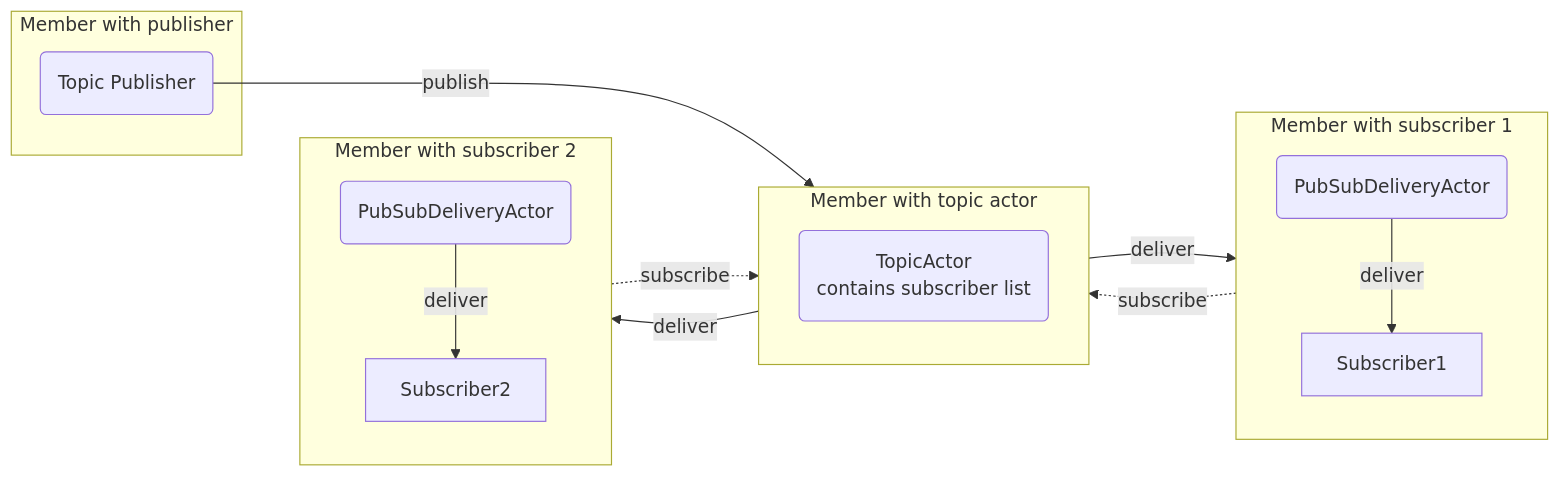
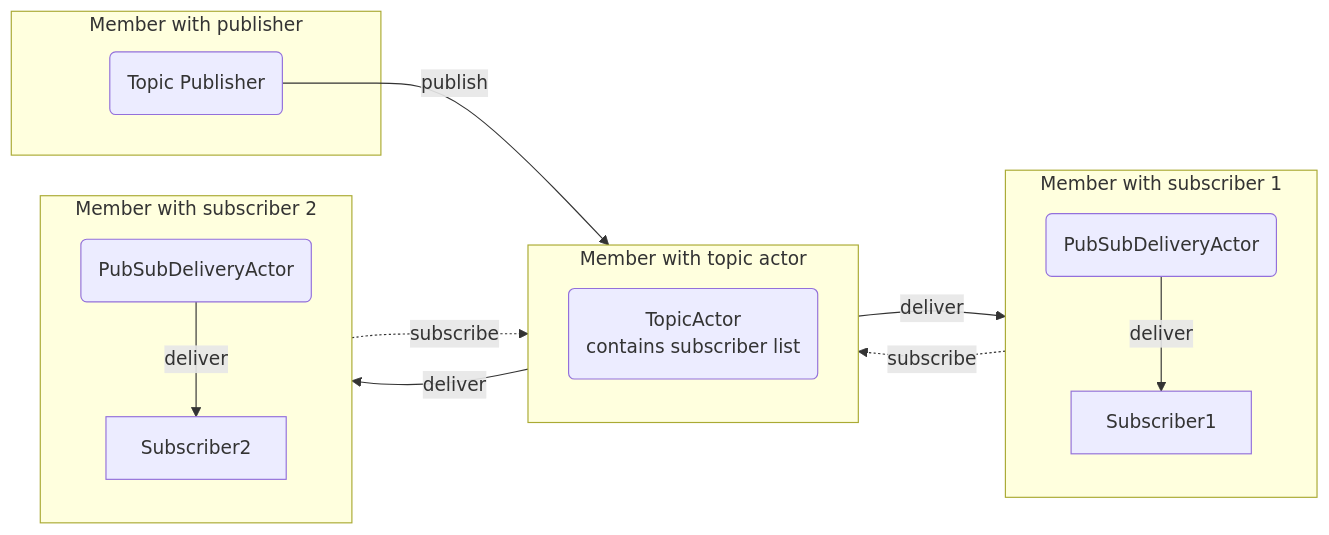
The third of 3 diagrams in hugo/content/docs/cluster/pub-sub.md (asynkron/protoactor-website), drawn with Mermaid before and after one commit. The commit also changed other lines of this file, not shown here.

````diff
--- a/hugo/content/docs/cluster/pub-sub.md
+++ b/hugo/content/docs/cluster/pub-sub.md
@@ -200,56 +229,52 @@
 ```mermaid
 flowchart LR
     Publisher
     TopicActor
     Subscriber1
     Subscriber2
 
 
     class Publisher yellow
     class Subscriber1 blue
     class Subscriber2 blue
 
     subgraph TopicActorMember[Member with topic actor]
         direction TB
         TopicActor(TopicActor <br /> contains subscriber list)
 
         class TopicActor green
 
 
     end
 
     subgraph SubscriberMember1[Member with subscriber 1]
         direction TB
         PubSubDeliveryActor1(PubSubDeliveryActor)
 
         class PubSubDeliveryActor1 green
 
         PubSubDeliveryActor1 --deliver--> Subscriber1
     end
 
     subgraph SubscriberMember2[Member with subscriber 2]
         direction TB
         PubSubDeliveryActor2(PubSubDeliveryActor)
 
         class PubSubDeliveryActor2 green
 
         PubSubDeliveryActor2 --deliver--> Subscriber2
     end
 
     subgraph PublisherMember[Member with publisher]
 
-        Publisher(Topic Publisher) --publish---> TopicActor
+        Publisher(Topic Publisher) --publish--> TopicActor
         
     end
-
-    
-    
-    
 
     TopicActor --deliver--> PubSubDeliveryActor1
     TopicActor --deliver--> PubSubDeliveryActor2
 
 
     Subscriber1 -.subscribe.-> TopicActor
     Subscriber2 -.subscribe.-> TopicActor
 ```
````
